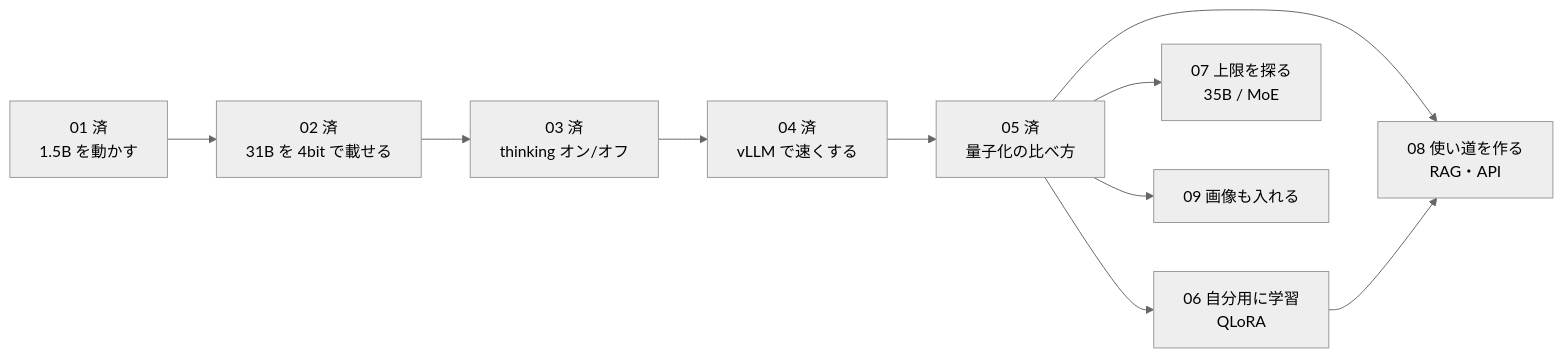
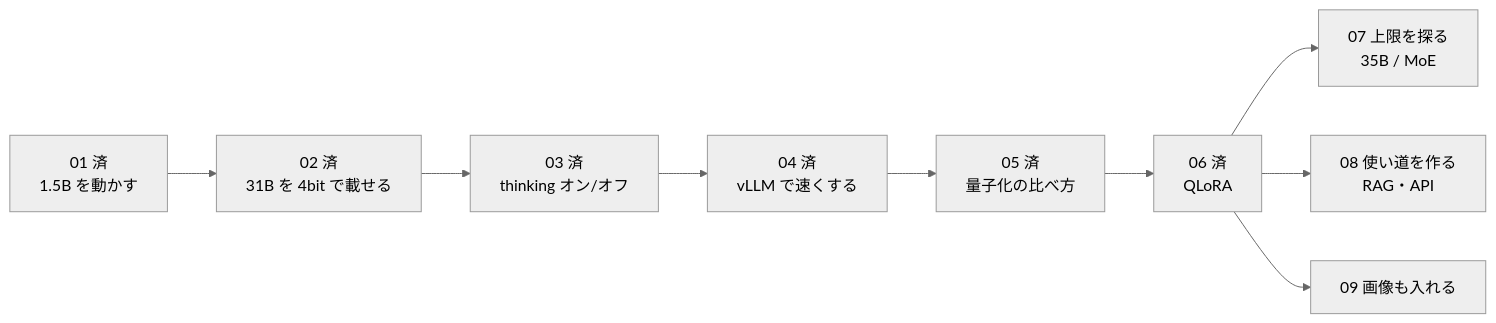
The diagram in docs/next-experiments.md (moruku36/colab-oss-lab), drawn with Mermaid (neutral theme) before and after one commit. The commit also changed other lines of this file and 8 other files, not shown here.

````diff
--- a/docs/next-experiments.md
+++ b/docs/next-experiments.md
@@ -6,12 +6,11 @@
 ```mermaid
 flowchart LR
     E01["01 済<br/>1.5B を動かす"] --> E02["02 済<br/>31B を 4bit で載せる"]
     E02 --> E03["03 済<br/>thinking オン/オフ"]
     E03 --> E04["04 済<br/>vLLM で速くする"]
     E04 --> E05["05 済<br/>量子化の比べ方"]
-    E05 --> C06["06 自分用に学習<br/>QLoRA"]
-    E05 --> C07["07 上限を探る<br/>35B / MoE"]
-    E05 --> C08["08 使い道を作る<br/>RAG・API"]
-    E05 --> C09["09 画像も入れる"]
-    C06 --> C08
+    E05 --> E06["06 済<br/>QLoRA"]
+    E06 --> C07["07 上限を探る<br/>35B / MoE"]
+    E06 --> C08["08 使い道を作る<br/>RAG・API"]
+    E06 --> C09["09 画像も入れる"]
 ```
````
